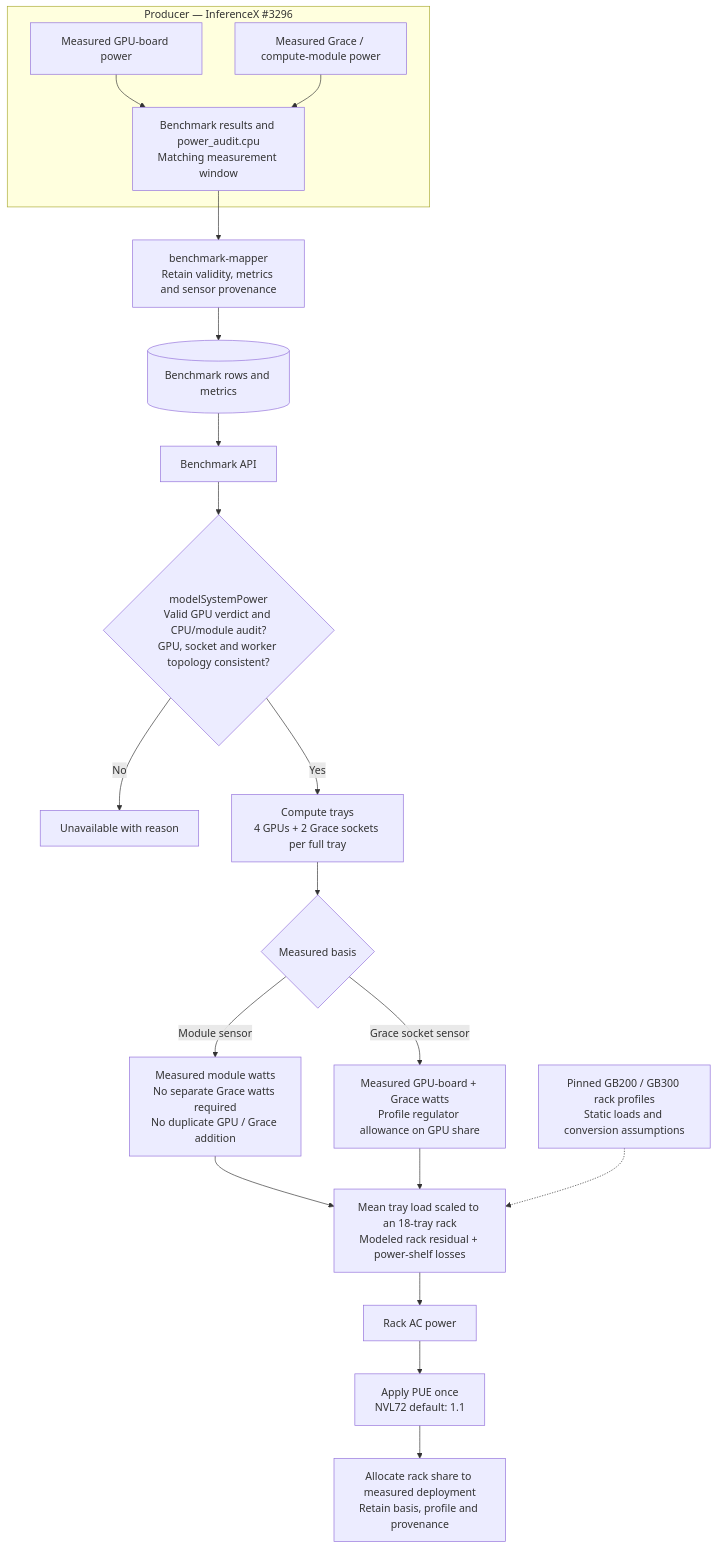
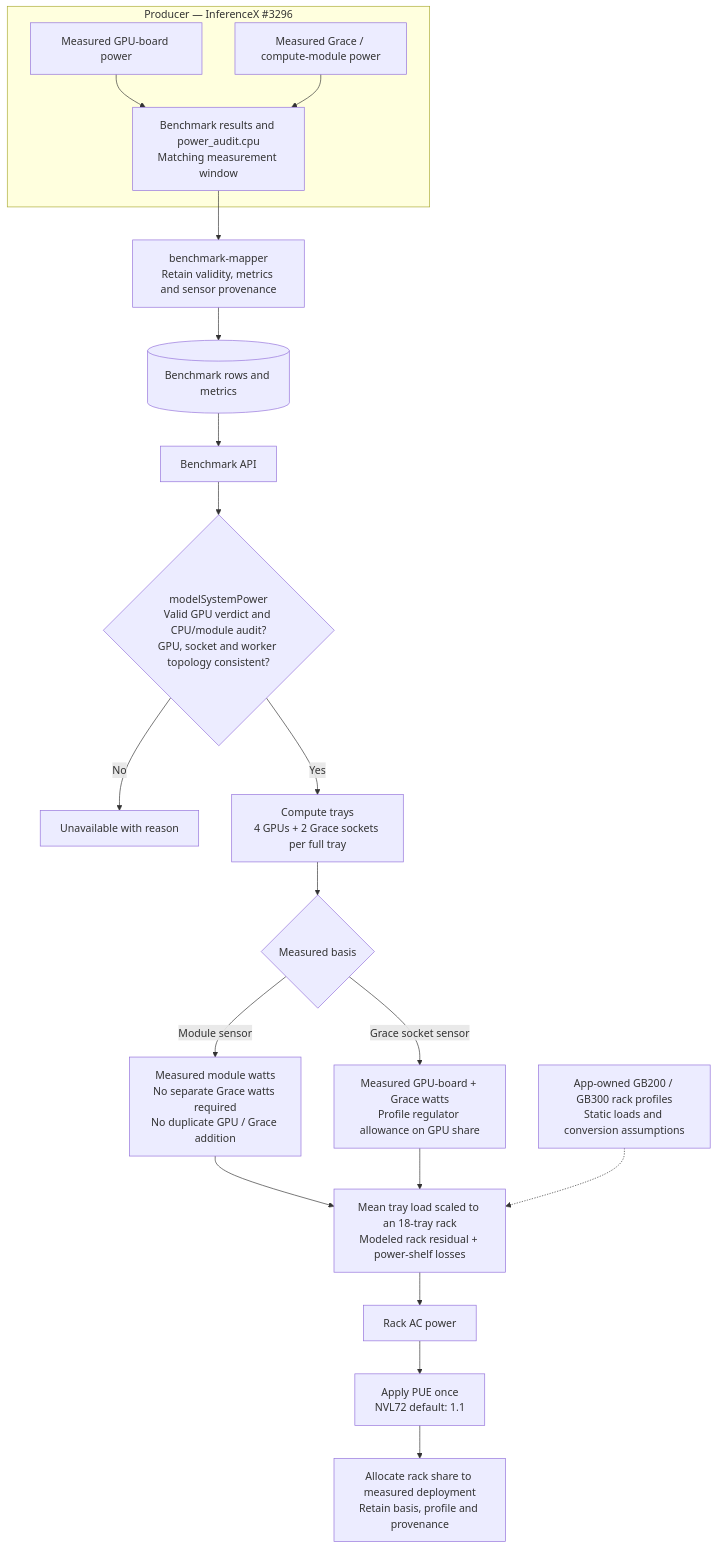
One commit to SemiAnalysisAI/InferenceX-app changed the first of 2 diagrams in docs/powerx-system-power.md. Above: the diagram before and after it, drawn with Mermaid. The commit also changed other lines of this file and 20 other files, not shown here.

````diff
--- a/docs/powerx-system-power.md
+++ b/docs/powerx-system-power.md
@@ -221,26 +221,26 @@
 ```mermaid
 flowchart TB
     subgraph Producer["Producer — InferenceX #3296"]
         GPU["Measured GPU-board power"]
         CPU["Measured Grace / compute-module power"]
         ART["Benchmark results and power_audit.cpu<br/>Matching measurement window"]
         GPU --> ART
         CPU --> ART
     end
     ART --> ETL["benchmark-mapper<br/>Retain validity, metrics and sensor provenance"]
     ETL --> DB[("Benchmark rows and metrics")]
     DB --> API["Benchmark API"]
     API --> GATE{"modelSystemPower<br/>Valid GPU verdict and CPU/module audit?<br/>GPU, socket and worker topology consistent?"}
     GATE -->|"No"| NONE["Unavailable with reason"]
     GATE -->|"Yes"| TRAY["Compute trays<br/>4 GPUs + 2 Grace sockets per full tray"]
     TRAY --> BASIS{"Measured basis"}
     BASIS -->|"Module sensor"| MODULE["Measured module watts<br/>No separate Grace watts required<br/>No duplicate GPU / Grace addition"]
     BASIS -->|"Grace socket sensor"| SUM["Measured GPU-board + Grace watts<br/>Profile regulator allowance on GPU share"]
     MODULE --> RACK
     SUM --> RACK
-    PROFILE["Pinned GB200 / GB300 rack profiles<br/>Static loads and conversion assumptions"] -.-> RACK
+    PROFILE["App-owned GB200 / GB300 rack profiles<br/>Static loads and conversion assumptions"] -.-> RACK
     RACK["Mean tray load scaled to an 18-tray rack<br/>Modeled rack residual + power-shelf losses"]
     RACK --> AC["Rack AC power"]
     AC --> FAC["Apply PUE once<br/>NVL72 default: 1.1"]
     FAC --> DEP["Allocate rack share to measured deployment<br/>Retain basis, profile and provenance"]
 ```
````
